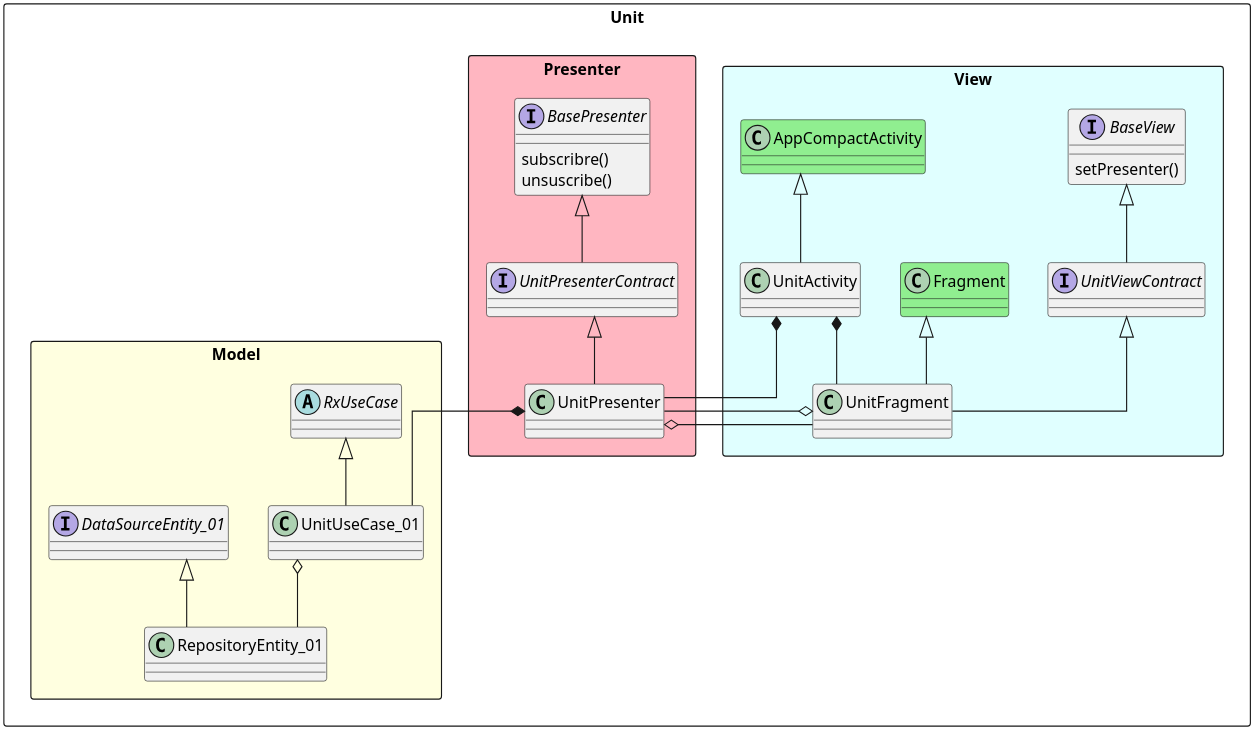
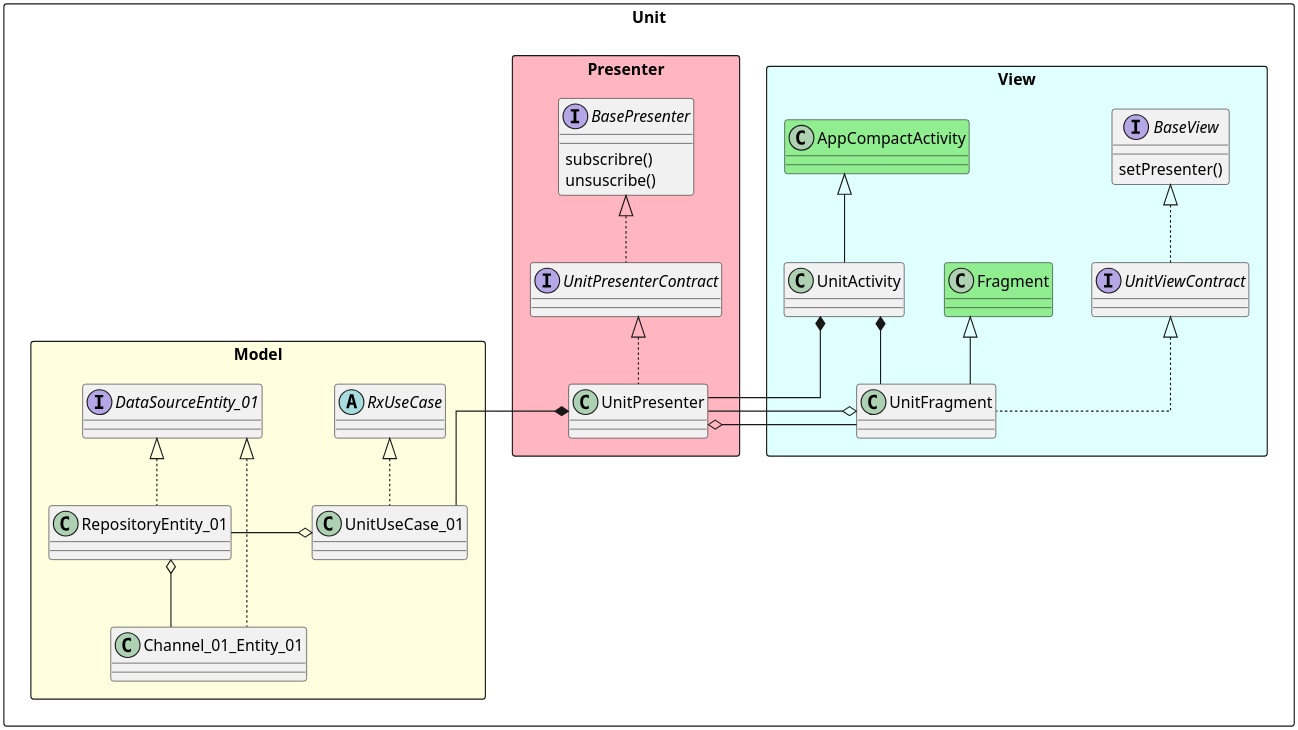
The diagram in class_diagrams/CLASS_generic_units.plantuml (estebandres/PI_UML_diagrams), drawn with PlantUML before and after one commit. The commit also changed 3 other files, not shown here.

```diff
--- a/class_diagrams/CLASS_generic_units.plantuml
+++ b/class_diagrams/CLASS_generic_units.plantuml
@@ -1,56 +1,59 @@
 @startuml CLASS_units
 skinparam dpi 300
 skinparam linetype polyline
 skinparam linetype ortho
 
 package "Unit" <<Rectangle>>{
     package "View" <<Rectangle>> #LightCyan {
         class "UnitActivity" as UA
         class "AppCompactActivity" as ACA #LightGreen
         class "UnitFragment" as UF
         class "Fragment" as F #LightGreen 
         interface "UnitViewContract" as UVC
         interface "BaseView" as BV
         BV : setPresenter()
 
-        BV <|-- UVC
+        BV <|.. UVC
         F <|-- UF
-        UVC <|-- UF
+        UVC <|.. UF
         ACA <|-- UA
         UA *-- UF
     }
 
     package "Presenter" <<Rectangle>> #LightPink{
         interface "UnitPresenterContract" as UPC
         interface "BasePresenter" as BP
         class "UnitPresenter" as UP
         BP : subscribre()
         BP : unsuscribe()
 
-        BP <|-- UPC
-        UPC <|-- UP
+        BP <|.. UPC
+        UPC <|.. UP
     }
 
     package "Model" <<Rectangle>> #LightYellow{
         abstract "RxUseCase" as RUC
         'abstract "SimpleUseCase" as SUC
         'abstract "CompletableUseCase" as CUC
         class "UnitUseCase_01" as UUC01
         interface "DataSourceEntity_01" as DSE01
+        class "Channel_01_Entity_01" as CE01
         class "RepositoryEntity_01" as RE01
 
-        RUC <|-- UUC01
-        DSE01 <|-- RE01
-        UUC01 o-- RE01
+        RUC <|.. UUC01
+        DSE01 <|.. RE01
+        DSE01 <|.. CE01
+        UUC01 o-left- RE01
+        RE01 o-- CE01
     }
 
     UP *-- UUC01
     UA *-- UP
     UF o-- UP
     UP o-- UF
 
 
 }
 
 
 @enduml
```
